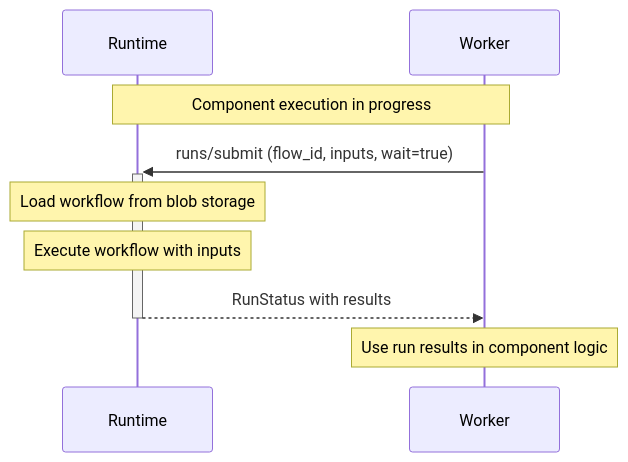
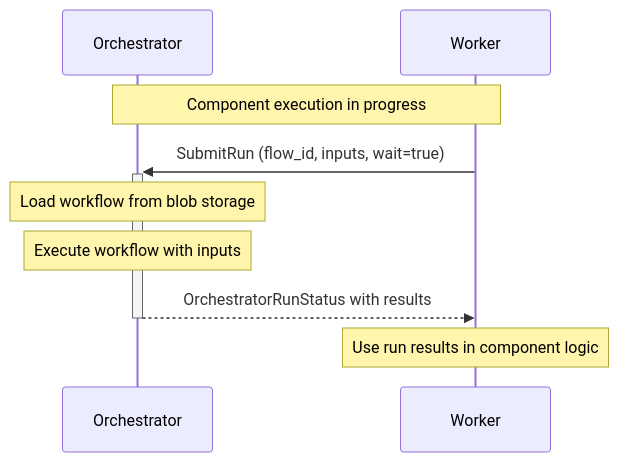
The first of 2 diagrams in docs/docs/protocol/methods/runs.md (stepflow-ai/stepflow), drawn with Mermaid before and after one commit. The commit also changed other lines of this file and 28 other files, not shown here.

First line of the commit message:
docs: Update documentation for gRPC-first architecture

````diff
--- a/docs/docs/protocol/methods/runs.md
+++ b/docs/docs/protocol/methods/runs.md
@@ -22,14 +22,14 @@
 ```mermaid
 sequenceDiagram
-    participant R as Runtime
-    participant S as Worker
+    participant O as Orchestrator
+    participant W as Worker
 
-    Note over R,S: Component execution in progress
+    Note over O,W: Component execution in progress
 
-    S->>+R: runs/submit (flow_id, inputs, wait=true)
-    Note over R: Load workflow from blob storage
-    Note over R: Execute workflow with inputs
-    R-->>-S: RunStatus with results
+    W->>+O: SubmitRun (flow_id, inputs, wait=true)
+    Note over O: Load workflow from blob storage
+    Note over O: Execute workflow with inputs
+    O-->>-W: OrchestratorRunStatus with results
 
-    Note over S: Use run results in component logic
+    Note over W: Use run results in component logic
 ```
````
